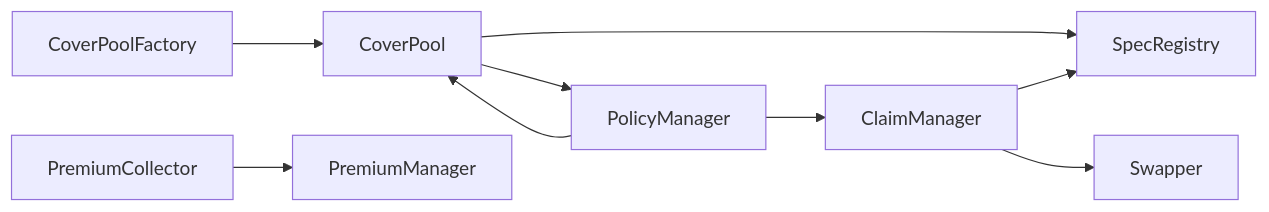
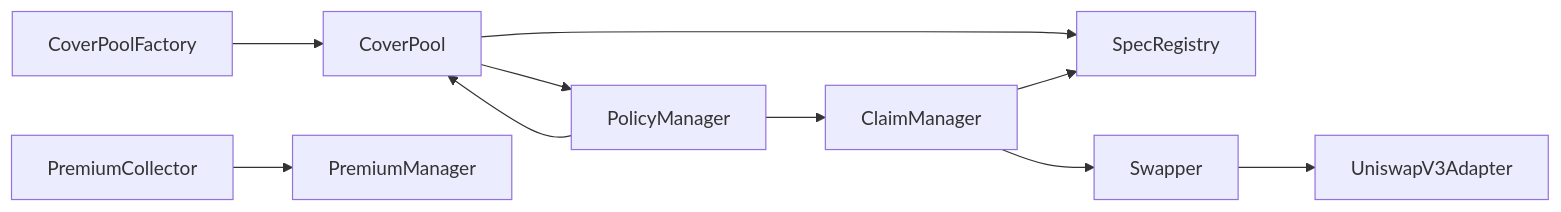
Before and after one commit to 0xcatalysis/coverage: the diagram in docs/architecture/02-smart-contracts.md, drawn with Mermaid. The commit also changed other lines of this file and 67 other files, not shown here.

````diff
--- a/docs/architecture/02-smart-contracts.md
+++ b/docs/architecture/02-smart-contracts.md
@@ -11,20 +11,22 @@
 ```mermaid
 graph LR
     CPF[CoverPoolFactory]
     CP[CoverPool]
     PM[PolicyManager]
     CM[ClaimManager]
     PC[PremiumCollector]
     PRM[PremiumManager]
     SR[SpecRegistry]
     SW[Swapper]
+    UV3[UniswapV3Adapter]
 
     CPF --> CP
     PM --> CP
     CP --> PM
     CP --> SR
     PM --> CM
     PC --> PRM
     CM --> SR
     CM --> SW
+    SW --> UV3
 ```
````
